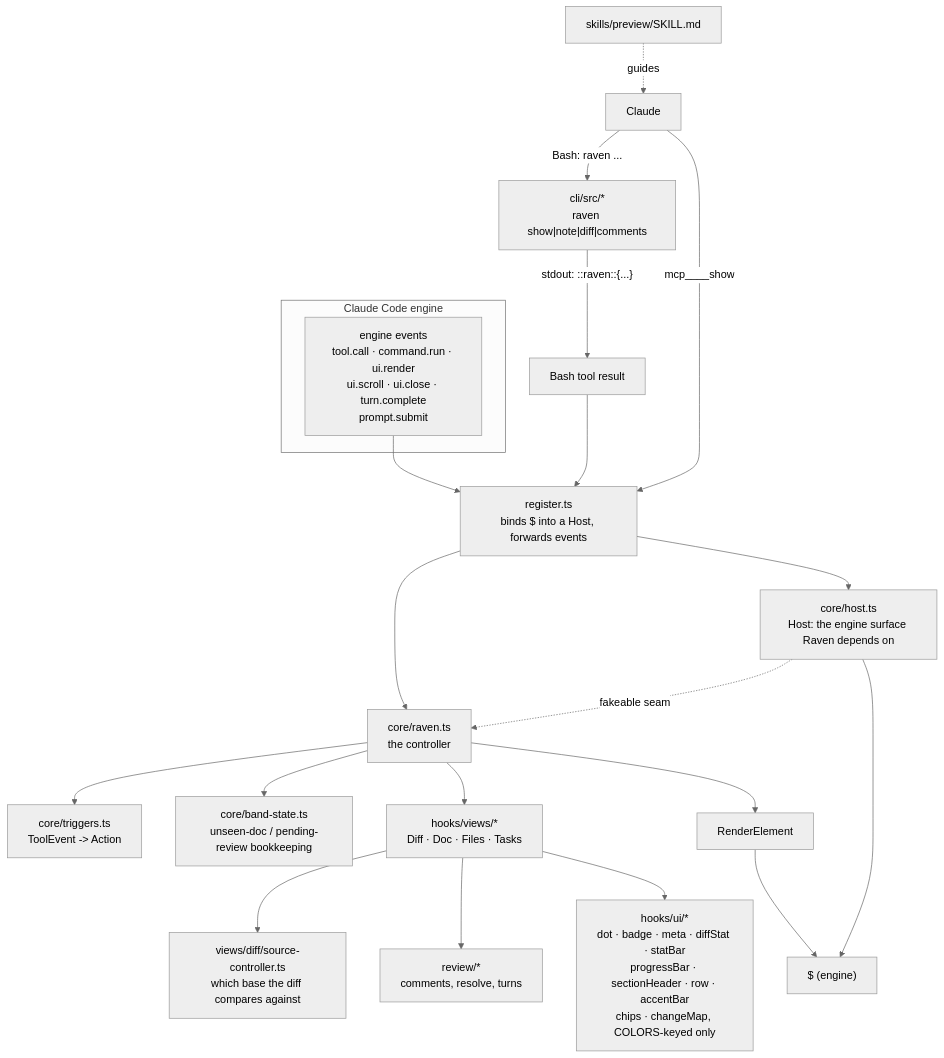
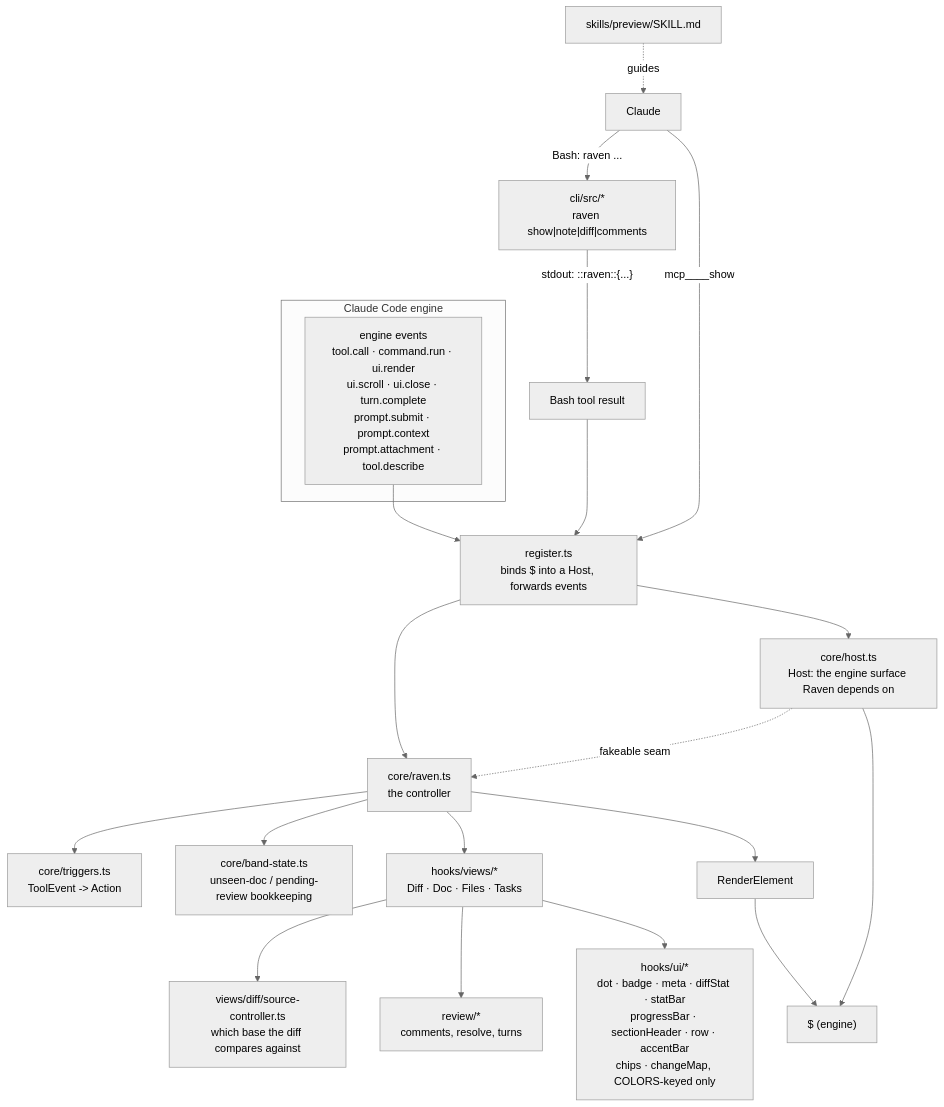
One commit to arunkumar9t2/raven changed the first of 2 diagrams in spec/architecture.md. Above: the diagram before and after it, drawn with Mermaid (neutral theme). The commit also changed other lines of this file and 12 other files, not shown here.

````diff
--- a/spec/architecture.md
+++ b/spec/architecture.md
@@ -35,29 +35,29 @@
 ```mermaid
 flowchart TB
     subgraph engine["Claude Code engine"]
-        events["engine events\ntool.call · command.run · ui.render\nui.scroll · ui.close · turn.complete\nprompt.submit"]
+        events["engine events\ntool.call · command.run · ui.render\nui.scroll · ui.close · turn.complete\nprompt.submit · prompt.context\nprompt.attachment · tool.describe"]
     end
 
     events --> register["register.ts\nbinds $ into a Host, forwards events"]
     register --> host["core/host.ts\nHost: the engine surface Raven depends on"]
     register --> raven["core/raven.ts\nthe controller"]
 
     host -. fakeable seam .-> raven
 
     raven --> triggers["core/triggers.ts\nToolEvent -> Action"]
     raven --> bandstate["core/band-state.ts\nunseen-doc / pending-review bookkeeping"]
     raven --> views["hooks/views/*\nDiff · Doc · Files · Tasks"]
     views --> sourcectl["views/diff/source-controller.ts\nwhich base the diff compares against"]
     views --> review["review/*\ncomments, resolve, turns"]
     views --> uikit["hooks/ui/*\ndot · badge · meta · diffStat · statBar\nprogressBar · sectionHeader · row · accentBar\nchips · changeMap, COLORS-keyed only"]
 
     raven --> renderout["RenderElement"]
     renderout --> Q["$ (engine)"]
     host --> Q
 
     cli["cli/src/*\nraven show|note|diff|comments"] -->|"stdout: ::raven::{...}"| bashresult["Bash tool result"]
     bashresult --> register
     skill["skills/preview/SKILL.md"] -. guides .-> model["Claude"]
     model -->|"mcp__<plugin>__show"| register
     model -->|"Bash: raven ..."| cli
 ```
````
